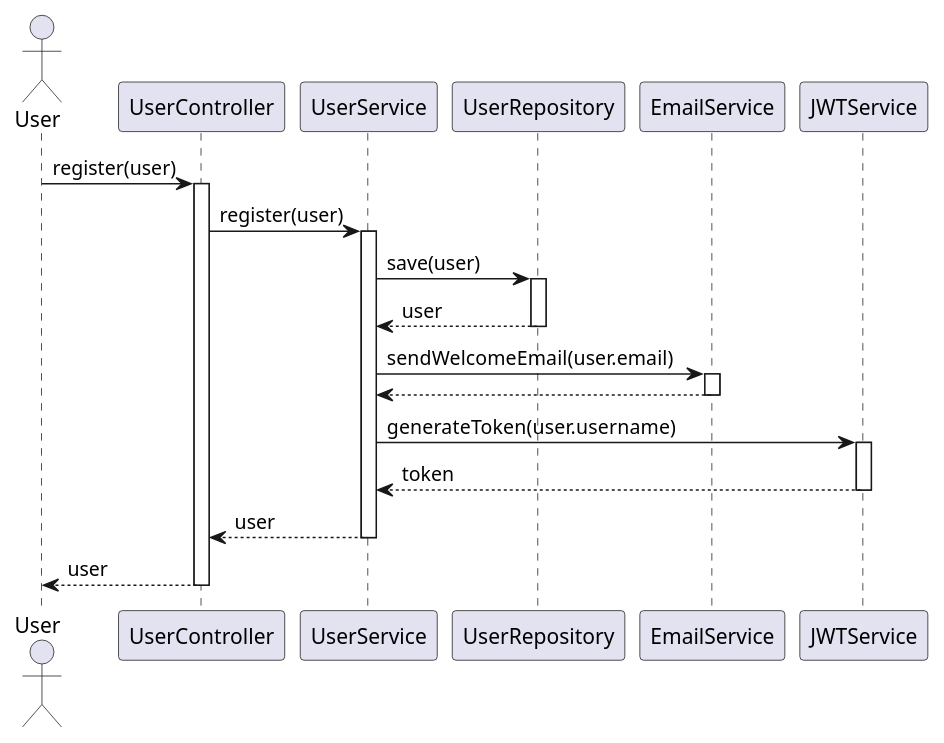
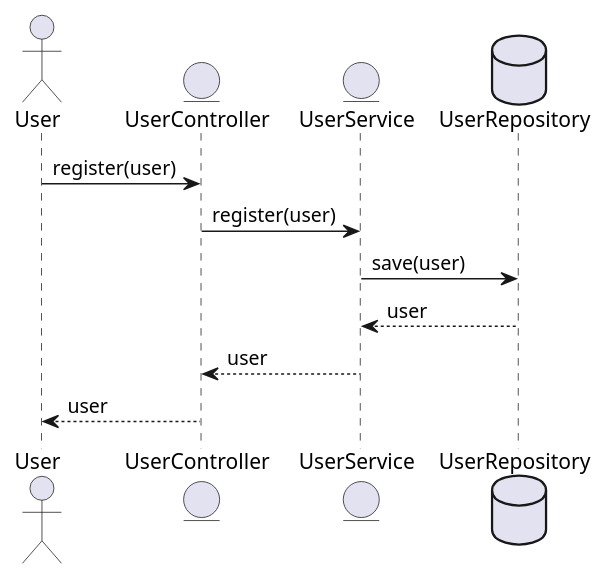
Before and after one commit to Dinesh-s95/AutoDoc.ai: the first of 6 diagrams in identityprovider/documentation/detaileddesign.adoc, drawn with PlantUML. The commit also changed other lines of this file and 4 other files, not shown here.

```diff
--- a/identityprovider/documentation/detaileddesign.adoc
+++ b/identityprovider/documentation/detaileddesign.adoc
@@ -288,38 +297,16 @@
 [plantuml, user-registration-flow, png]
 ----
 @startuml
 actor User
-participant UserController
-participant UserService
-participant UserRepository
-participant EmailService
-participant JWTService
+entity UserController
+entity UserService
+database UserRepository
 
 User -> UserController : register(user)
-activate UserController
-
 UserController -> UserService : register(user)
-activate UserService
-
 UserService -> UserRepository : save(user)
-activate UserRepository
 UserRepository --> UserService : user
-deactivate UserRepository
-
-UserService -> EmailService : sendWelcomeEmail(user.email)
-activate EmailService
-EmailService --> UserService
-deactivate EmailService
-
-UserService -> JWTService : generateToken(user.username)
-activate JWTService
-JWTService --> UserService : token
-deactivate JWTService
-
 UserService --> UserController : user
-deactivate UserService
-
 UserController --> User : user
-deactivate UserController
 @enduml
 ----
```
